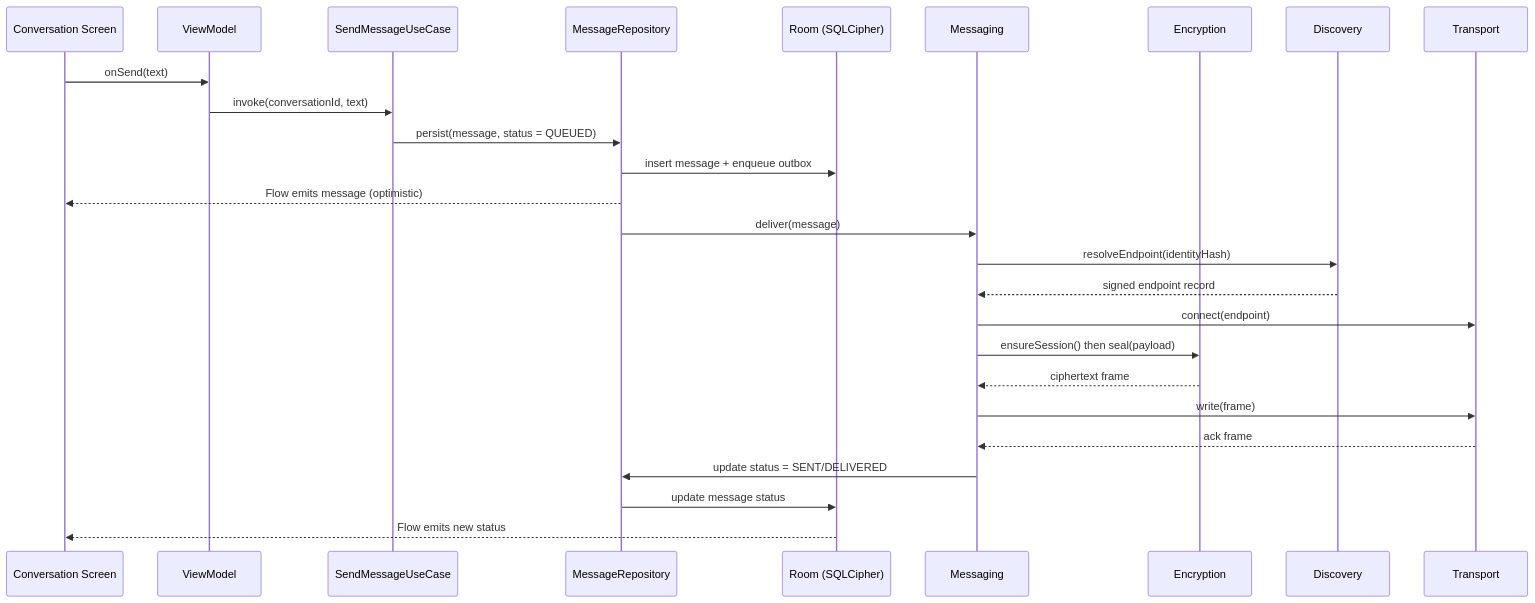
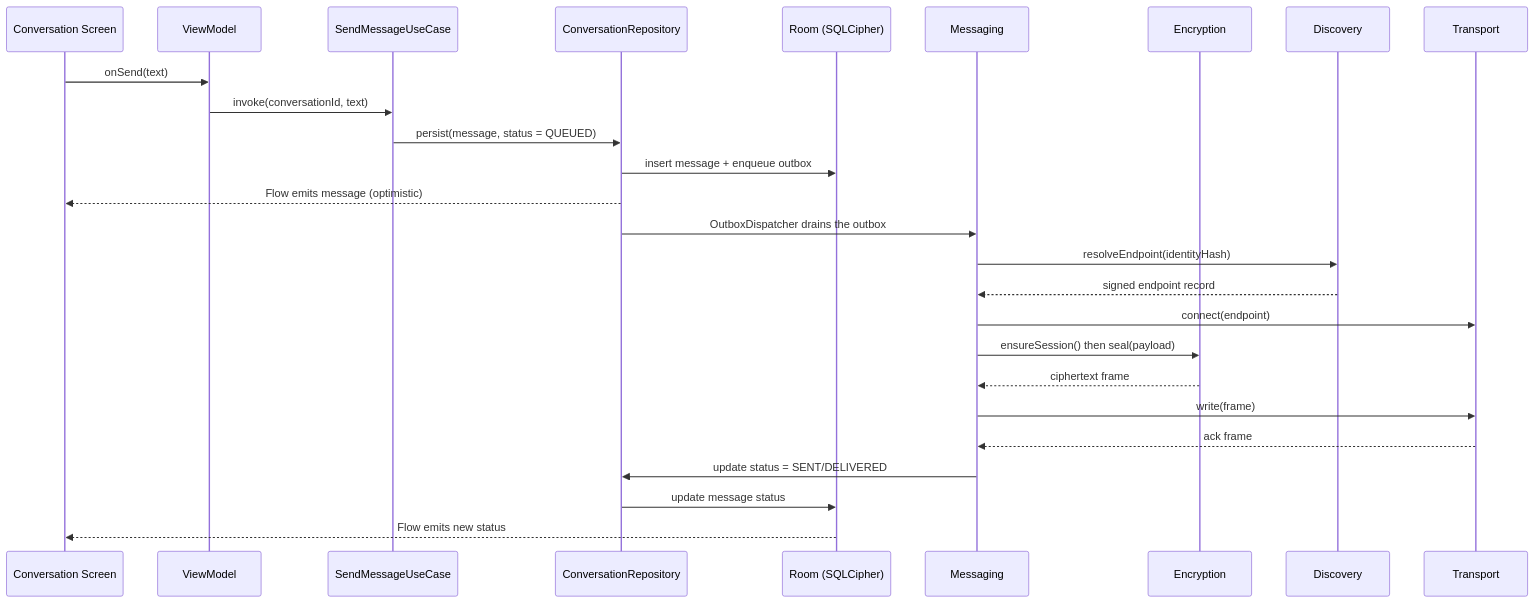
Before and after one commit to 0xAsghar/vMessenger: the fourth of 4 diagrams in docs/Architecture.md, drawn with Mermaid. The commit also changed other lines of this file and 16 other files, not shown here.

````diff
--- a/docs/Architecture.md
+++ b/docs/Architecture.md
@@ -280,29 +287,29 @@
 ```mermaid
 sequenceDiagram
   participant UI as Conversation Screen
   participant VM as ViewModel
   participant UC as SendMessageUseCase
-  participant Repo as MessageRepository
+  participant Repo as ConversationRepository
   participant DB as Room (SQLCipher)
   participant Msg as Messaging
   participant Enc as Encryption
   participant Disc as Discovery
   participant Tx as Transport
 
   UI->>VM: onSend(text)
   VM->>UC: invoke(conversationId, text)
   UC->>Repo: persist(message, status = QUEUED)
   Repo->>DB: insert message + enqueue outbox
   Repo-->>UI: Flow emits message (optimistic)
-  Repo->>Msg: deliver(message)
+  Repo->>Msg: OutboxDispatcher drains the outbox
   Msg->>Disc: resolveEndpoint(identityHash)
   Disc-->>Msg: signed endpoint record
   Msg->>Tx: connect(endpoint)
   Msg->>Enc: ensureSession() then seal(payload)
   Enc-->>Msg: ciphertext frame
   Msg->>Tx: write(frame)
   Tx-->>Msg: ack frame
   Msg->>Repo: update status = SENT/DELIVERED
   Repo->>DB: update message status
   DB-->>UI: Flow emits new status
 ```
````
